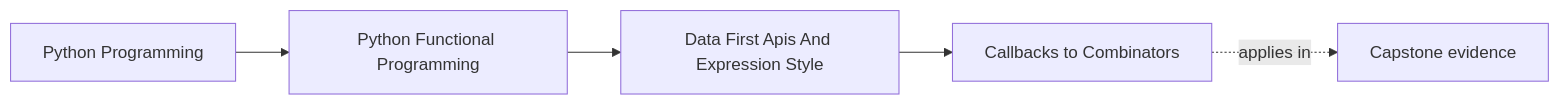
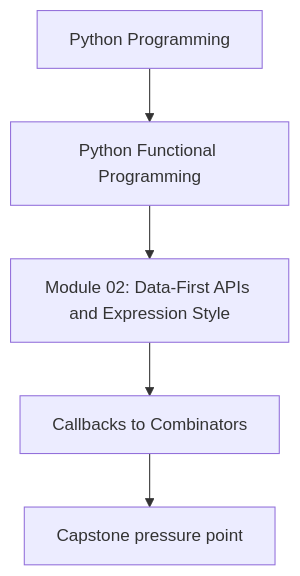
Before and after one commit to bijux/bijux-masterclass: the first of 2 diagrams in programs/python-programming/python-functional-programming/course-book/module-02-data-first-apis-and-expression-style/callbacks-to-combinators.md, drawn with Mermaid. The commit also changed other lines of this file and 118 other files, not shown here.

Commit message:
docs(python-functional-programming): align concept page diagrams

````diff
--- a/programs/python-programming/python-functional-programming/course-book/module-02-data-first-apis-and-expression-style/callbacks-to-combinators.md
+++ b/programs/python-programming/python-functional-programming/course-book/module-02-data-first-apis-and-expression-style/callbacks-to-combinators.md
@@ -7,11 +7,7 @@
 ```mermaid
-graph LR
-  family["Python Programming"]
-  program["Python Functional Programming"]
-  section["Data First Apis And Expression Style"]
-  page["Callbacks to Combinators"]
-  capstone["Capstone evidence"]
-
-  family --> program --> section --> page
-  page -.applies in.-> capstone
+flowchart TD
+  family["Python Programming"] --> program["Python Functional Programming"]
+  program --> module["Module 02: Data-First APIs and Expression Style"]
+  module --> concept["Callbacks to Combinators"]
+  concept --> capstone["Capstone pressure point"]
 ```
````
